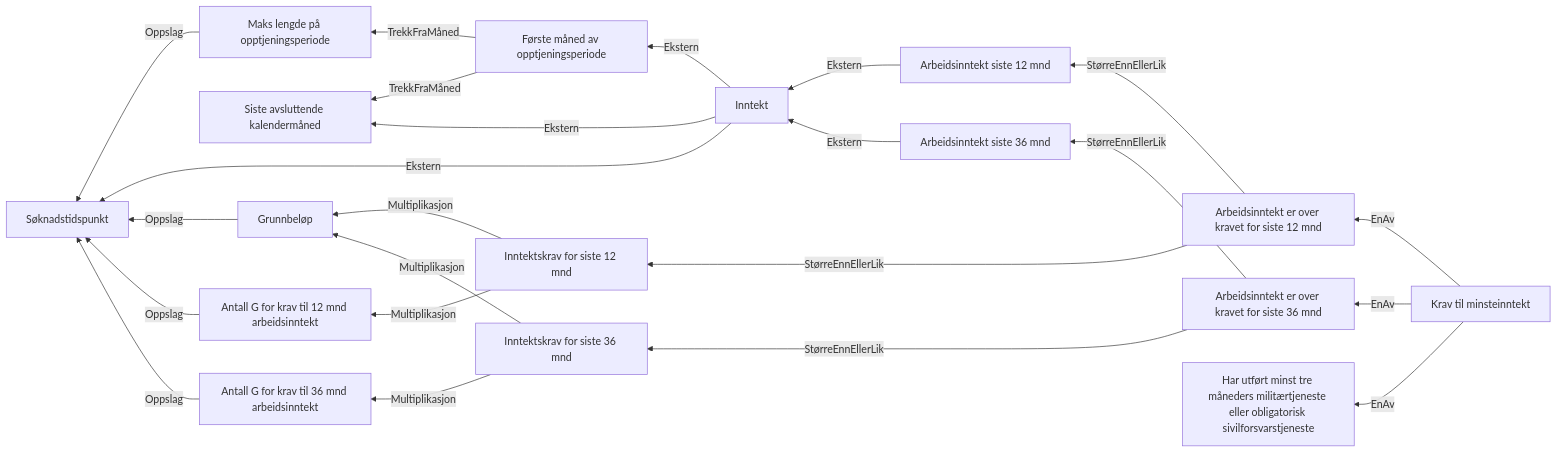
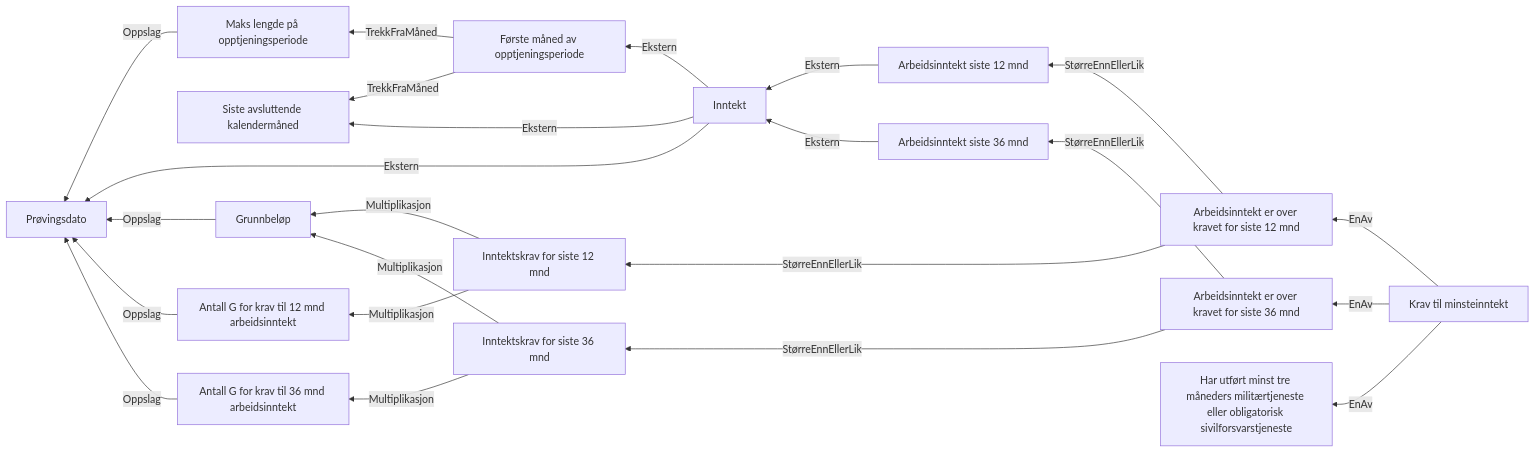
The diagram in docs/regler/§ 4-4. Krav til minsteinntekt.approved.md (navikt/dp-vedtak), drawn with Mermaid before and after one commit. The commit also changed 23 other files, not shown here.

Commit message:
Legg til Prøvingsdato som en opplysninger

````diff
--- a/docs/regler/§ 4-4. Krav til minsteinntekt.approved.md
+++ b/docs/regler/§ 4-4. Krav til minsteinntekt.approved.md
@@ -5,25 +5,25 @@
 ```mermaid
 graph RL
-  A["Maks lengde på opptjeningsperiode"] -->|"Oppslag"| B["Søknadstidspunkt"]
+  A["Maks lengde på opptjeningsperiode"] -->|"Oppslag"| B["Prøvingsdato"]
   C["Første måned av opptjeningsperiode"] -->|"TrekkFraMåned"| D["Siste avsluttende kalendermåned"]
   C["Første måned av opptjeningsperiode"] -->|"TrekkFraMåned"| A["Maks lengde på opptjeningsperiode"]
-  E["Inntekt"] -->|"Ekstern"| B["Søknadstidspunkt"]
+  E["Inntekt"] -->|"Ekstern"| B["Prøvingsdato"]
   E["Inntekt"] -->|"Ekstern"| D["Siste avsluttende kalendermåned"]
   E["Inntekt"] -->|"Ekstern"| C["Første måned av opptjeningsperiode"]
-  F["Grunnbeløp"] -->|"Oppslag"| B["Søknadstidspunkt"]
+  F["Grunnbeløp"] -->|"Oppslag"| B["Prøvingsdato"]
   G["Arbeidsinntekt siste 12 mnd"] -->|"Ekstern"| E["Inntekt"]
-  H["Antall G for krav til 12 mnd arbeidsinntekt"] -->|"Oppslag"| B["Søknadstidspunkt"]
+  H["Antall G for krav til 12 mnd arbeidsinntekt"] -->|"Oppslag"| B["Prøvingsdato"]
   I["Inntektskrav for siste 12 mnd"] -->|"Multiplikasjon"| F["Grunnbeløp"]
   I["Inntektskrav for siste 12 mnd"] -->|"Multiplikasjon"| H["Antall G for krav til 12 mnd arbeidsinntekt"]
   J["Arbeidsinntekt er over kravet for siste 12 mnd"] -->|"StørreEnnEllerLik"| G["Arbeidsinntekt siste 12 mnd"]
   J["Arbeidsinntekt er over kravet for siste 12 mnd"] -->|"StørreEnnEllerLik"| I["Inntektskrav for siste 12 mnd"]
   K["Arbeidsinntekt siste 36 mnd"] -->|"Ekstern"| E["Inntekt"]
-  L["Antall G for krav til 36 mnd arbeidsinntekt"] -->|"Oppslag"| B["Søknadstidspunkt"]
+  L["Antall G for krav til 36 mnd arbeidsinntekt"] -->|"Oppslag"| B["Prøvingsdato"]
   M["Inntektskrav for siste 36 mnd"] -->|"Multiplikasjon"| F["Grunnbeløp"]
   M["Inntektskrav for siste 36 mnd"] -->|"Multiplikasjon"| L["Antall G for krav til 36 mnd arbeidsinntekt"]
   N["Arbeidsinntekt er over kravet for siste 36 mnd"] -->|"StørreEnnEllerLik"| K["Arbeidsinntekt siste 36 mnd"]
   N["Arbeidsinntekt er over kravet for siste 36 mnd"] -->|"StørreEnnEllerLik"| M["Inntektskrav for siste 36 mnd"]
   O["Krav til minsteinntekt"] -->|"EnAv"| J["Arbeidsinntekt er over kravet for siste 12 mnd"]
   O["Krav til minsteinntekt"] -->|"EnAv"| N["Arbeidsinntekt er over kravet for siste 36 mnd"]
   O["Krav til minsteinntekt"] -->|"EnAv"| P["Har utført minst tre måneders militærtjeneste eller obligatorisk sivilforsvarstjeneste"]
 ```
````
